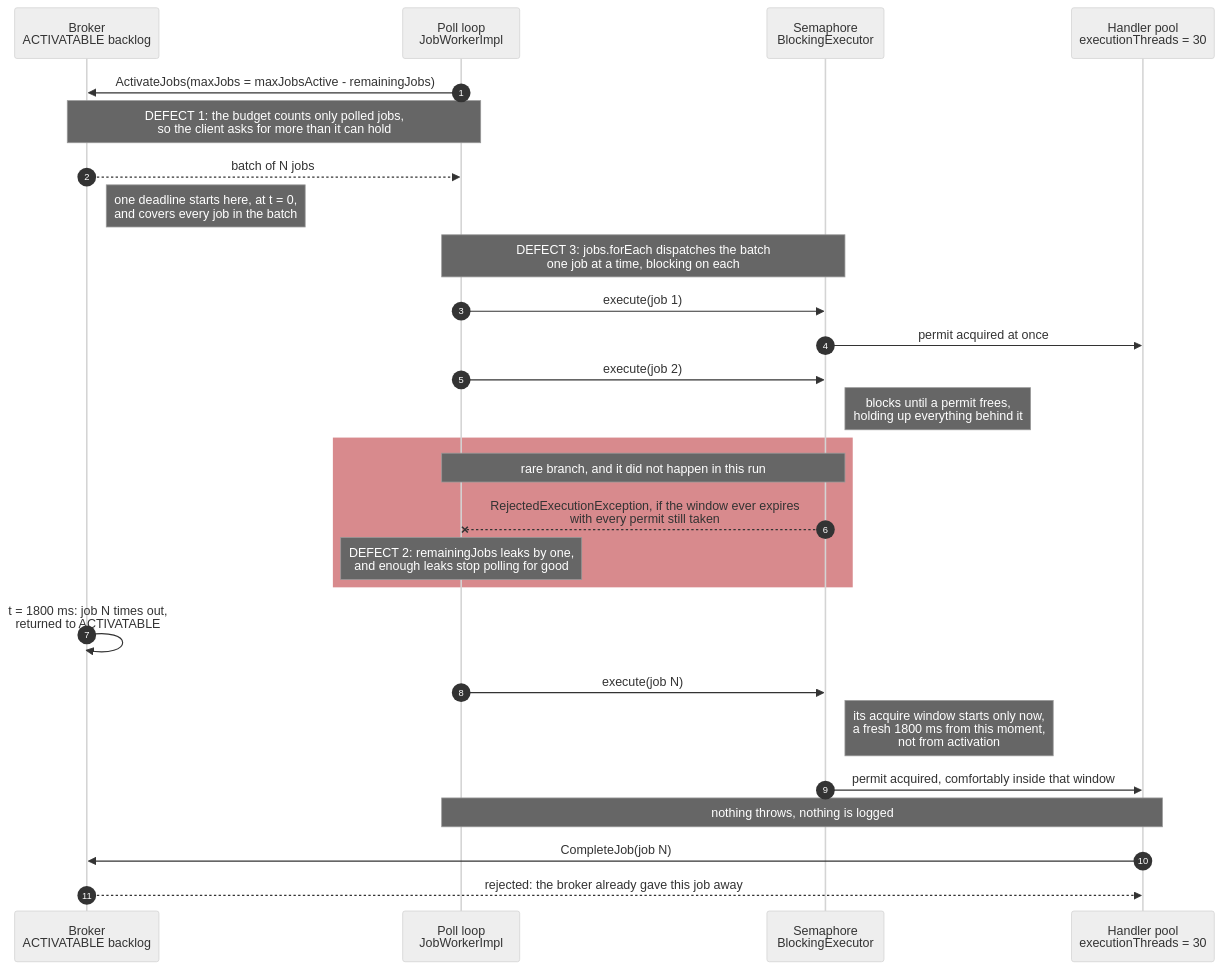
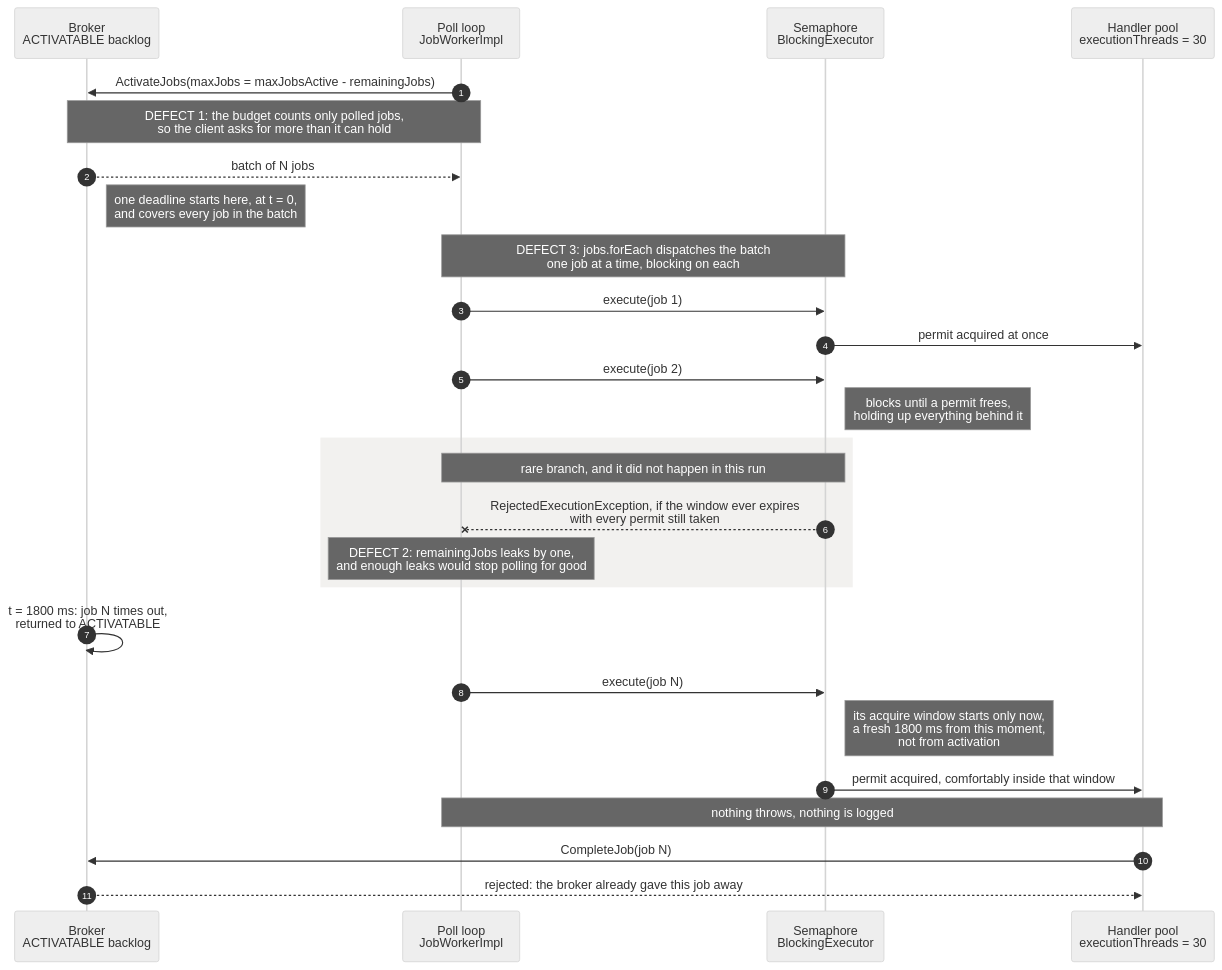
Before and after one commit to camunda/zeebe-chaos: the diagram in chaos-days/blog/2026-08-06-worker-downtime-throughput-recovery/index.md, drawn with Mermaid (neutral theme). The commit also changed other lines of this file, not shown here.

First line of the commit message:
blog: keep the push and defect 2 claims to what was observed

````diff
--- a/chaos-days/blog/2026-08-06-worker-downtime-throughput-recovery/index.md
+++ b/chaos-days/blog/2026-08-06-worker-downtime-throughput-recovery/index.md
@@ -213,34 +213,34 @@
 ```mermaid
 sequenceDiagram
     autonumber
     participant B as Broker<br/>ACTIVATABLE backlog
     participant P as Poll loop<br/>JobWorkerImpl
     participant S as Semaphore<br/>BlockingExecutor
     participant H as Handler pool<br/>executionThreads = 30
 
     P->>B: ActivateJobs(maxJobs = maxJobsActive - remainingJobs)
     Note over P,B: DEFECT 1: the budget counts only polled jobs,<br/>so the client asks for more than it can hold
     B-->>P: batch of N jobs
     Note right of B: one deadline starts here, at t = 0,<br/>and covers every job in the batch
 
     Note over P,S: DEFECT 3: jobs.forEach dispatches the batch<br/>one job at a time, blocking on each
     P->>S: execute(job 1)
     S->>H: permit acquired at once
     P->>S: execute(job 2)
     Note right of S: blocks until a permit frees,<br/>holding up everything behind it
 
-    rect rgb(216, 138, 141)
+    rect rgb(148, 142, 120, 0.12)
     Note over S,P: rare branch, and it did not happen in this run
     S--xP: RejectedExecutionException, if the window ever expires<br/>with every permit still taken
-    Note over P: DEFECT 2: remainingJobs leaks by one,<br/>and enough leaks stop polling for good
+    Note over P: DEFECT 2: remainingJobs leaks by one,<br/>and enough leaks would stop polling for good
     end
 
     B->>B: t = 1800 ms: job N times out,<br/>returned to ACTIVATABLE
     P->>S: execute(job N)
     Note right of S: its acquire window starts only now,<br/>a fresh 1800 ms from this moment,<br/>not from activation
     S->>H: permit acquired, comfortably inside that window
     Note over P,H: nothing throws, nothing is logged
     H->>B: CompleteJob(job N)
     B-->>H: rejected: the broker already gave this job away
 
 ```
````
